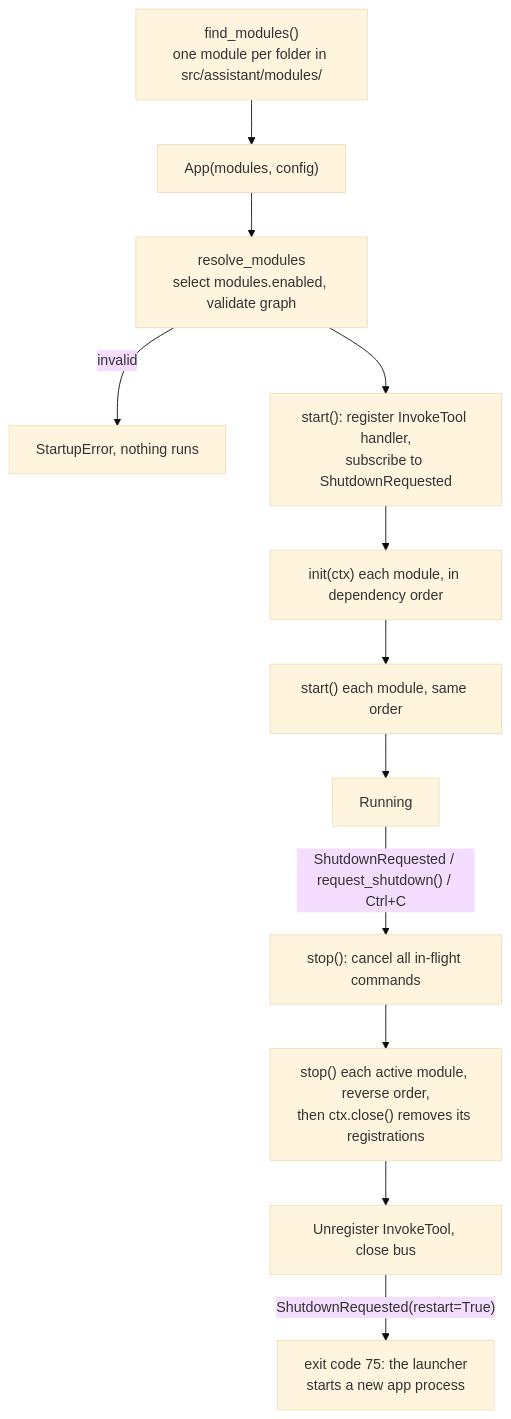
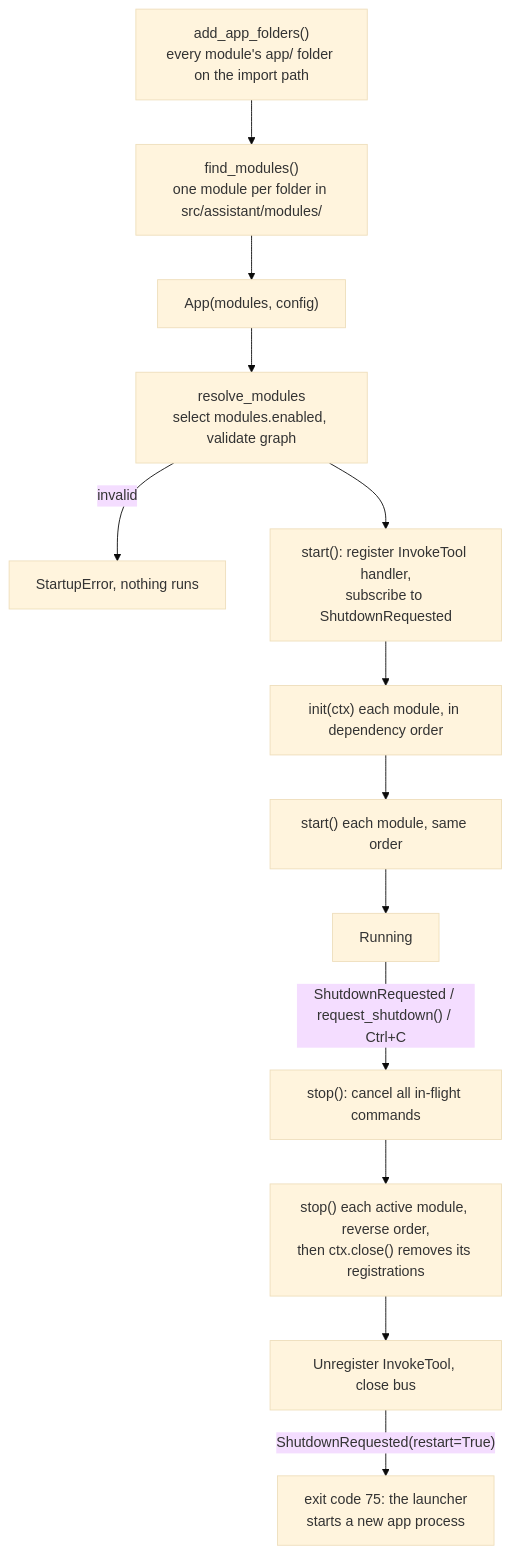
One commit to sharramon/AI_Assistant changed the third of 5 diagrams in docs/architecture/core.md. Above: the diagram before and after it, drawn with Mermaid (base theme). The commit also changed other lines of this file and 43 other files, not shown here.

Commit message:
Module folders item 4: the CV Tool app moves into modules/cv/app/cv_tool (the core puts every module's app/ folder on the import path; CompanionApp launches it with that folder on PYTHONPATH; defaults in the module's workspace); tripwires; docs

````diff
--- a/docs/architecture/core.md
+++ b/docs/architecture/core.md
@@ -142,14 +142,15 @@
 ```mermaid
 flowchart TD
+    P["add_app_folders()<br/>every module's app/ folder on the import path"] --> S
     S["find_modules()<br/>one module per folder in src/assistant/modules/"] --> A["App(modules, config)"]
     A --> B["resolve_modules<br/>select modules.enabled, validate graph"]
     B -- invalid --> X[StartupError, nothing runs]
     B --> C["start(): register InvokeTool handler,<br/>subscribe to ShutdownRequested"]
     C --> D["init(ctx) each module, in dependency order"]
     D --> E["start() each module, same order"]
     E --> F[Running]
     F -- "ShutdownRequested / request_shutdown() / Ctrl+C" --> G["stop(): cancel all in-flight commands"]
     G --> H["stop() each active module, reverse order,<br/>then ctx.close() removes its registrations"]
     H --> I[Unregister InvokeTool, close bus]
     I -- "ShutdownRequested(restart=True)" --> R["exit code 75: the launcher<br/>starts a new app process"]
 ```
````
